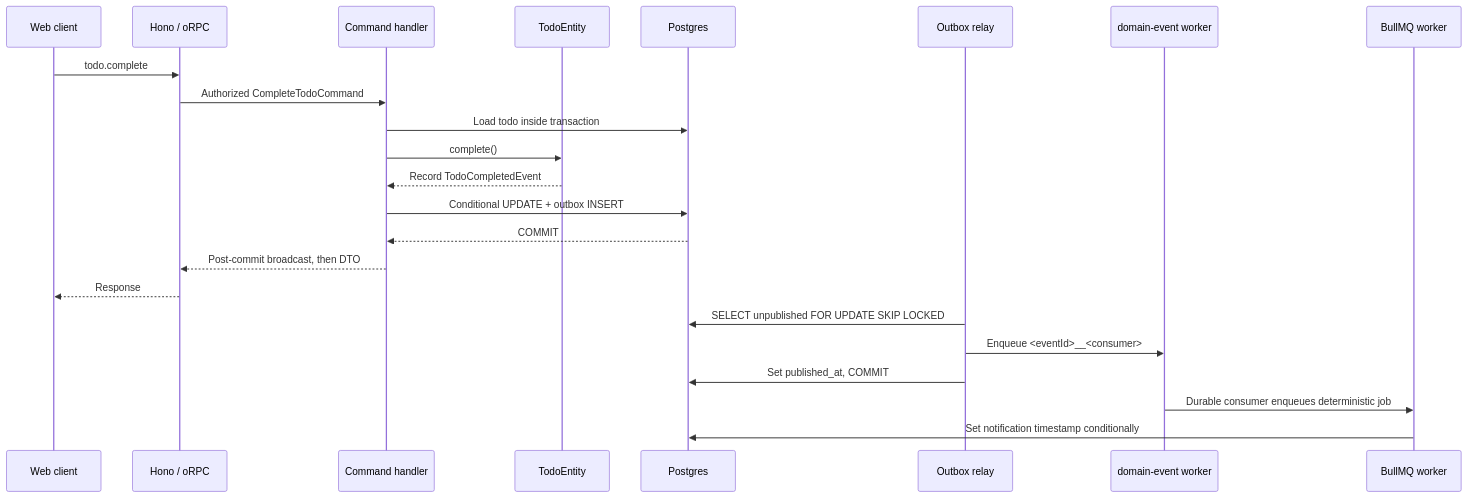
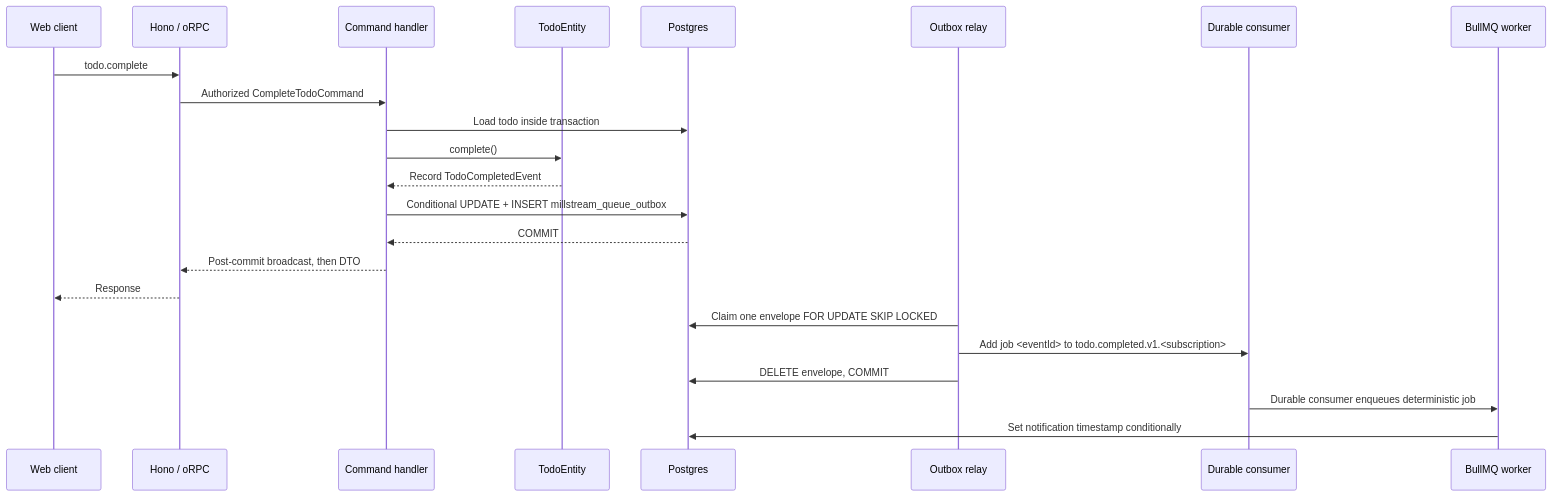
Before and after one commit to kouovo/hexstack: the third of 3 diagrams in README.md, drawn with Mermaid. The commit also changed other lines of this file, not shown here.

First line of the commit message:
docs(readme): document millstream events and delivery

````diff
--- a/README.md
+++ b/README.md
@@ -558,26 +602,26 @@
 ```mermaid
 sequenceDiagram
   participant Client as Web client
   participant RPC as Hono / oRPC
   participant UseCase as Command handler
   participant Domain as TodoEntity
   participant DB as Postgres
   participant Relay as Outbox relay
-  participant Worker as domain-event worker
+  participant Consumer as Durable consumer
   participant Job as BullMQ worker
 
   Client->>RPC: todo.complete
   RPC->>UseCase: Authorized CompleteTodoCommand
   UseCase->>DB: Load todo inside transaction
   UseCase->>Domain: complete()
   Domain-->>UseCase: Record TodoCompletedEvent
-  UseCase->>DB: Conditional UPDATE + outbox INSERT
+  UseCase->>DB: Conditional UPDATE + INSERT millstream_queue_outbox
   DB-->>UseCase: COMMIT
   UseCase-->>RPC: Post-commit broadcast, then DTO
   RPC-->>Client: Response
-  Relay->>DB: SELECT unpublished FOR UPDATE SKIP LOCKED
-  Relay->>Worker: Enqueue <eventId>__<consumer>
-  Relay->>DB: Set published_at, COMMIT
-  Worker->>Job: Durable consumer enqueues deterministic job
+  Relay->>DB: Claim one envelope FOR UPDATE SKIP LOCKED
+  Relay->>Consumer: Add job <eventId> to todo.completed.v1.<subscription>
+  Relay->>DB: DELETE envelope, COMMIT
+  Consumer->>Job: Durable consumer enqueues deterministic job
   Job->>DB: Set notification timestamp conditionally
 ```
````
